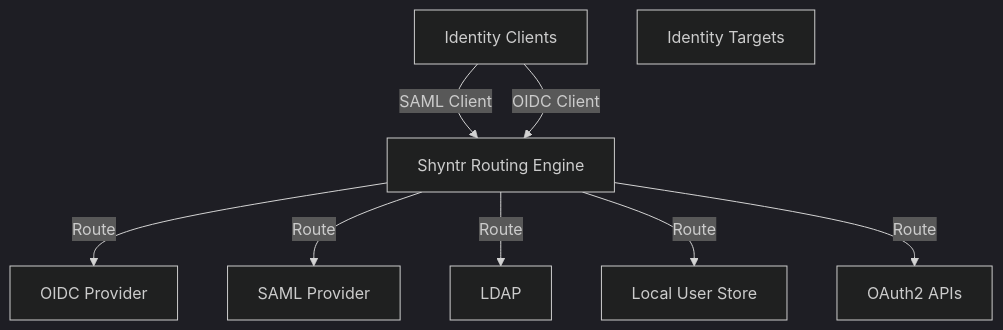
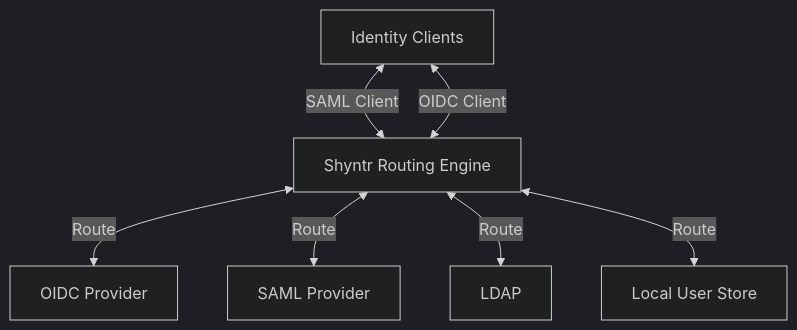
One commit to Shyntr/shyntr changed the third of 6 diagrams in README.md. Above: the diagram before and after it, drawn with Mermaid (dark theme). The commit also changed other lines of this file, not shown here.

````diff
--- a/README.md
+++ b/README.md
@@ -126,15 +124,13 @@
 ```mermaid
 flowchart TD
     Clients[Identity Clients]
     Router[Shyntr Routing Engine]
-    Targets[Identity Targets]
 
-    Clients -->|SAML Client| Router
-    Clients -->|OIDC Client| Router
+    Clients <-->|SAML Client| Router
+    Clients <-->|OIDC Client| Router
 
-    Router -->|Route| OIDC[OIDC Provider]
-    Router -->|Route| SAML[SAML Provider]
-    Router -->|Route| LDAP[LDAP]
-    Router -->|Route| LOCAL[Local User Store]
-    Router -->|Route| OAUTH[OAuth2 APIs]
+    Router <-->|Route| OIDC[OIDC Provider]
+    Router <-->|Route| SAML[SAML Provider]
+    Router <-->|Route| LDAP[LDAP]
+    Router <-->|Route| LOCAL[Local User Store]
 ```
````
